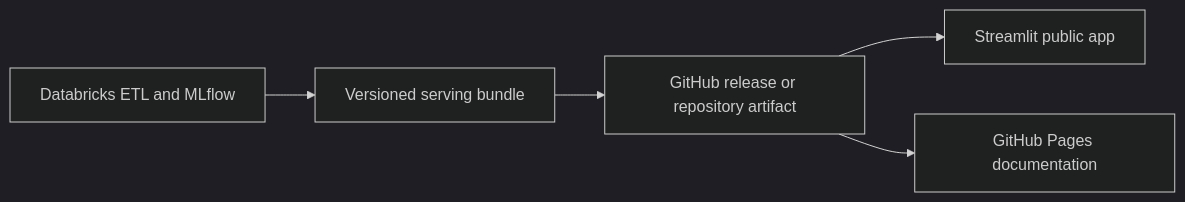
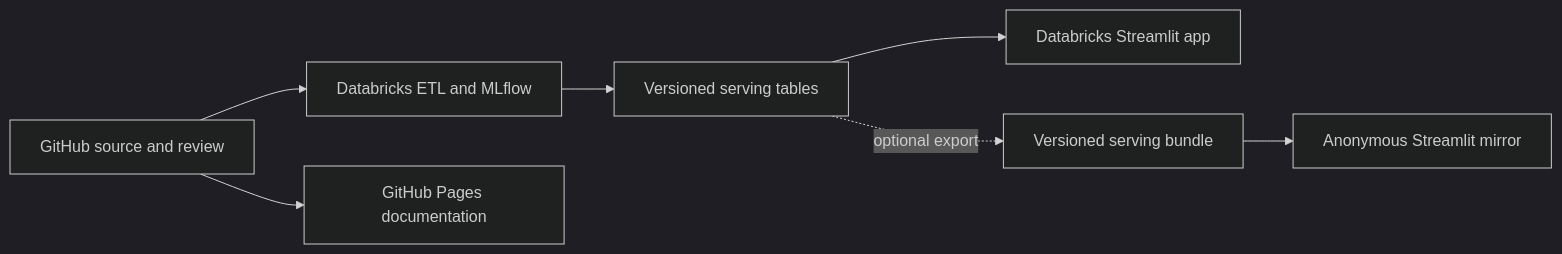
The diagram in ROADMAP.md (n-tamm/neighborhood-digital-twin), drawn with Mermaid (dark theme) before and after one commit. The commit also changed other lines of this file and 17 other files, not shown here.

````diff
--- a/ROADMAP.md
+++ b/ROADMAP.md
@@ -223,7 +223,9 @@
 ```mermaid
 flowchart LR
-    D[Databricks ETL and MLflow] --> B[Versioned serving bundle]
-    B --> G[GitHub release or repository artifact]
-    G --> S[Streamlit public app]
+    G[GitHub source and review] --> D[Databricks ETL and MLflow]
+    D --> T[Versioned serving tables]
+    T --> A[Databricks Streamlit app]
+    T -. optional export .-> B[Versioned serving bundle]
+    B --> S[Anonymous Streamlit mirror]
     G --> P[GitHub Pages documentation]
 ```
````
